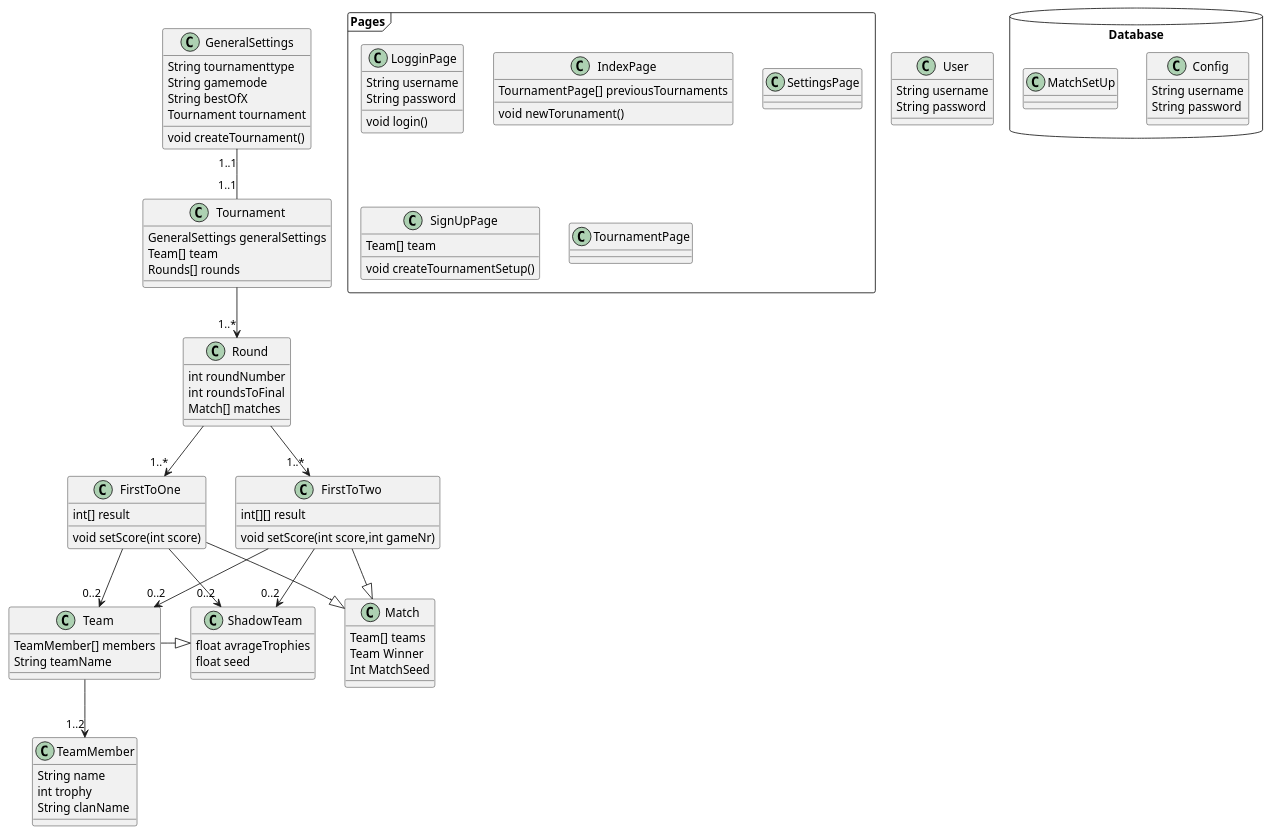
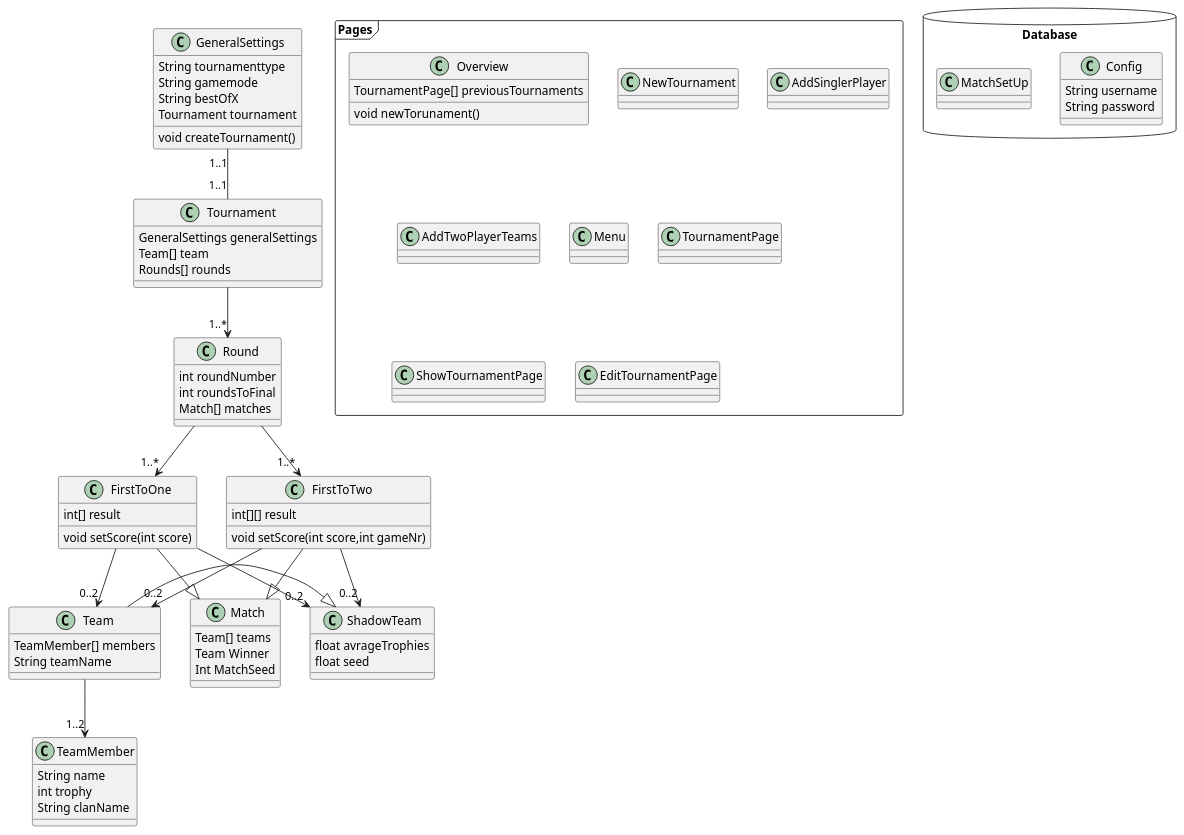
One commit to itzMesh/DCST1008-Prosjekt changed the diagram in ProjektUML/Classdiagram.wsd. Above: the diagram before and after it, drawn with PlantUML. The commit also changed 4 other files, not shown here.

```diff
--- a/ProjektUML/Classdiagram.wsd
+++ b/ProjektUML/Classdiagram.wsd
@@ -1,124 +1,126 @@
 @startuml MachineBorderThicknes
 
 'left to right direction
 
 package Database <<Database>>{
     class Config{
         String username  
         String password
     }
     class MatchSetUp{
         
     }
 }
 
 Package Pages <<frame>>{
-    Class LogginPage{
-        String username
-        String password
-        void login()
-    }
+    
 
-    Class IndexPage{
+    Class Overview{
         TournamentPage[] previousTournaments
         void newTorunament()
     }
 
-    Class SettingsPage{
+    Class NewTournament{
 
     }
+    Class AddSinglerPlayer{
 
-    Class SignUpPage{
-        Team[] team
-        void createTournamentSetup()
     }
+    Class AddTwoPlayerTeams{
 
+    }
+    Class Menu{
+        
+    }
     Class TournamentPage{
+        
+    }
+    Class ShowTournamentPage{
+        
+    }
+    Class EditTournamentPage{
         
     }
 }
 
 
-Class User{
-    String username
-    String password
-}
+
 
 Class Tournament{
     GeneralSettings generalSettings
     Team[] team
     Rounds[] rounds
 }
 
 
 Class GeneralSettings{
     String tournamenttype
     String gamemode
     String bestOfX
     Tournament tournament
     void createTournament()
 }
 
 
 Class Team{
     TeamMember[] members
     String teamName
 
 }
 
 class TeamMember{
     String name
     int trophy
     String clanName
 }
 
 Class FirstToOne{
     int[] result
     void setScore(int score)
 }
 
 Class FirstToTwo{
     int[][] result
     void setScore(int score,int gameNr)
 
 }
 
 Class Match{
     Team[] teams
     Team Winner
     Int MatchSeed
 }
 
 Class Round{
     int roundNumber
     int roundsToFinal
     Match[] matches
 }
 
 Class ShadowTeam {
     float avrageTrophies
     float seed
 }
 
 
 
 
 GeneralSettings "1..1" -- "1..1" Tournament
 Tournament--> "1..*" Round
 Round-->"1..*" FirstToOne
 Round-->"1..*" FirstToTwo
 FirstToOne-->"0..2"Team
 FirstToOne-->"0..2"ShadowTeam
 FirstToTwo-->"0..2"Team
 FirstToTwo-->"0..2"ShadowTeam
 Team-->"1..2"TeamMember
 
 FirstToOne --|>Match
 FirstToTwo --|>Match
 
 
 Team-r-|>ShadowTeam
 
 
 
 @enduml
```
